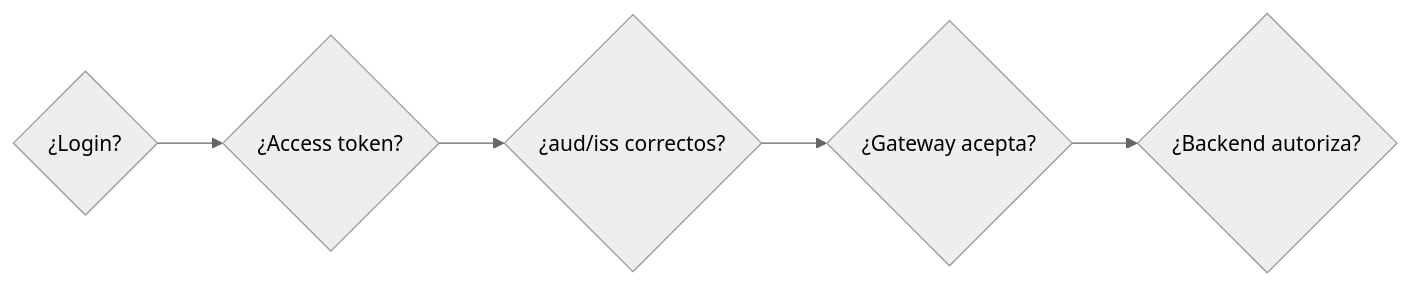
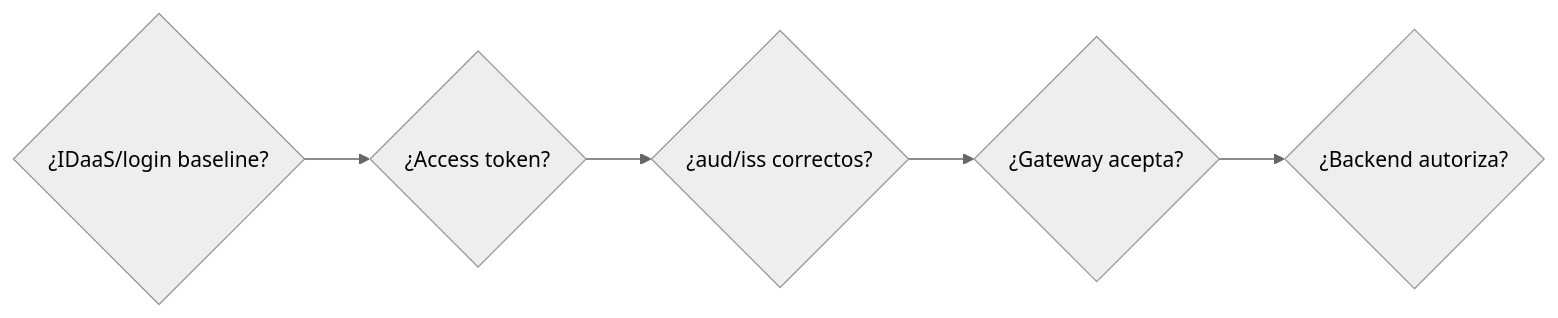
The fifth of 5 diagrams in semanas/semana-05/README.md (cmartinezs/DSY1107-DESARROLLO-CLOUD-NATIVE-I-2026-2), drawn with Mermaid (neutral theme) before and after one commit. The commit also changed other lines of this file, not shown here.

Commit message:
docs(dsy1107): ajustar baseline esperado de entrada semana 5

````diff
--- a/semanas/semana-05/README.md
+++ b/semanas/semana-05/README.md
@@ -102,7 +112,7 @@
 ```mermaid
 flowchart LR
-    A{¿Login?} --> B{¿Access token?}
+    A{¿IDaaS/login baseline?} --> B{¿Access token?}
     B --> C{¿aud/iss correctos?}
     C --> D{¿Gateway acepta?}
     D --> E{¿Backend autoriza?}
 ```
````
